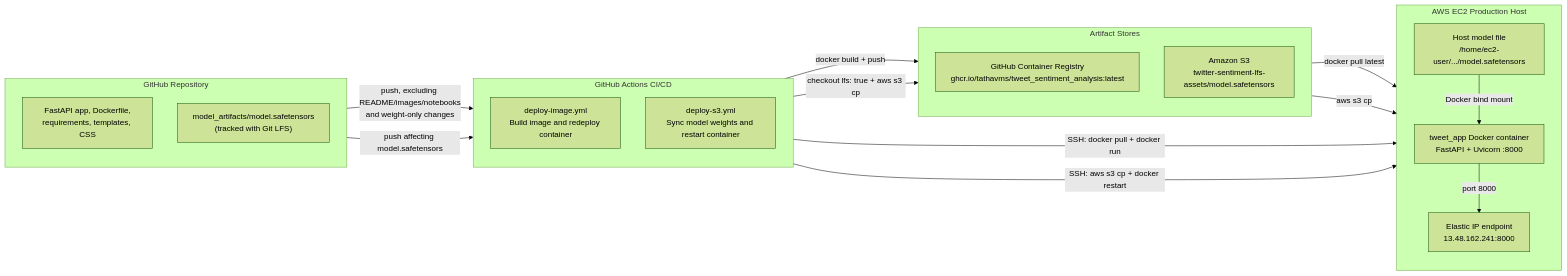
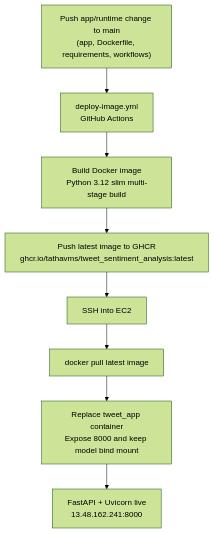
The first of 2 diagrams in README.md (tathavms/tweet_sentiment_analysis), drawn with Mermaid (forest theme) before and after one commit. The commit also changed other lines of this file, not shown here.

````diff
--- a/README.md
+++ b/README.md
@@ -51,40 +53,13 @@
 ```mermaid
-flowchart LR
-    subgraph Repo["GitHub Repository"]
-        direction TB
-        Source["FastAPI app, Dockerfile,<br/>requirements, templates, CSS"]
-        Weights["model_artifacts/model.safetensors<br/>(tracked with Git LFS)"]
-    end
+flowchart TD
+    A["Push app/runtime change to main<br/>(app, Dockerfile, requirements, workflows)"]
+    B["deploy-image.yml<br/>GitHub Actions"]
+    C["Build Docker image<br/>Python 3.12 slim multi-stage build"]
+    D["Push latest image to GHCR<br/>ghcr.io/tathavms/tweet_sentiment_analysis:latest"]
+    E["SSH into EC2"]
+    F["docker pull latest image"]
+    G["Replace tweet_app container<br/>Expose 8000 and keep model bind mount"]
+    H["FastAPI + Uvicorn live<br/>13.48.162.241:8000"]
 
-    subgraph Actions["GitHub Actions CI/CD"]
-        direction TB
-        ImageWF["deploy-image.yml<br/>Build image and redeploy container"]
-        S3WF["deploy-s3.yml<br/>Sync model weights and restart container"]
-    end
-
-    subgraph Stores["Artifact Stores"]
-        direction TB
-        GHCR["GitHub Container Registry<br/>ghcr.io/tathavms/tweet_sentiment_analysis:latest"]
-        S3["Amazon S3<br/>twitter-sentiment-lfs-assets/model.safetensors"]
-    end
-
-    subgraph EC2["AWS EC2 Production Host"]
-        direction TB
-        HostWeight["Host model file<br/>/home/ec2-user/.../model.safetensors"]
-        Container["tweet_app Docker container<br/>FastAPI + Uvicorn :8000"]
-        Public["Elastic IP endpoint<br/>13.48.162.241:8000"]
-    end
-
-    Source -->|"push, excluding README/images/notebooks<br/>and weight-only changes"| ImageWF
-    ImageWF -->|"docker build + push"| GHCR
-    ImageWF -->|"SSH: docker pull + docker run"| Container
-
-    Weights -->|"push affecting model.safetensors"| S3WF
-    S3WF -->|"checkout lfs: true + aws s3 cp"| S3
-    S3WF -->|"SSH: aws s3 cp + docker restart"| HostWeight
-
-    GHCR -->|"docker pull latest"| Container
-    S3 -->|"aws s3 cp"| HostWeight
-    HostWeight -->|"Docker bind mount"| Container
-    Container -->|"port 8000"| Public
+    A --> B --> C --> D --> E --> F --> G --> H
 ```
````
